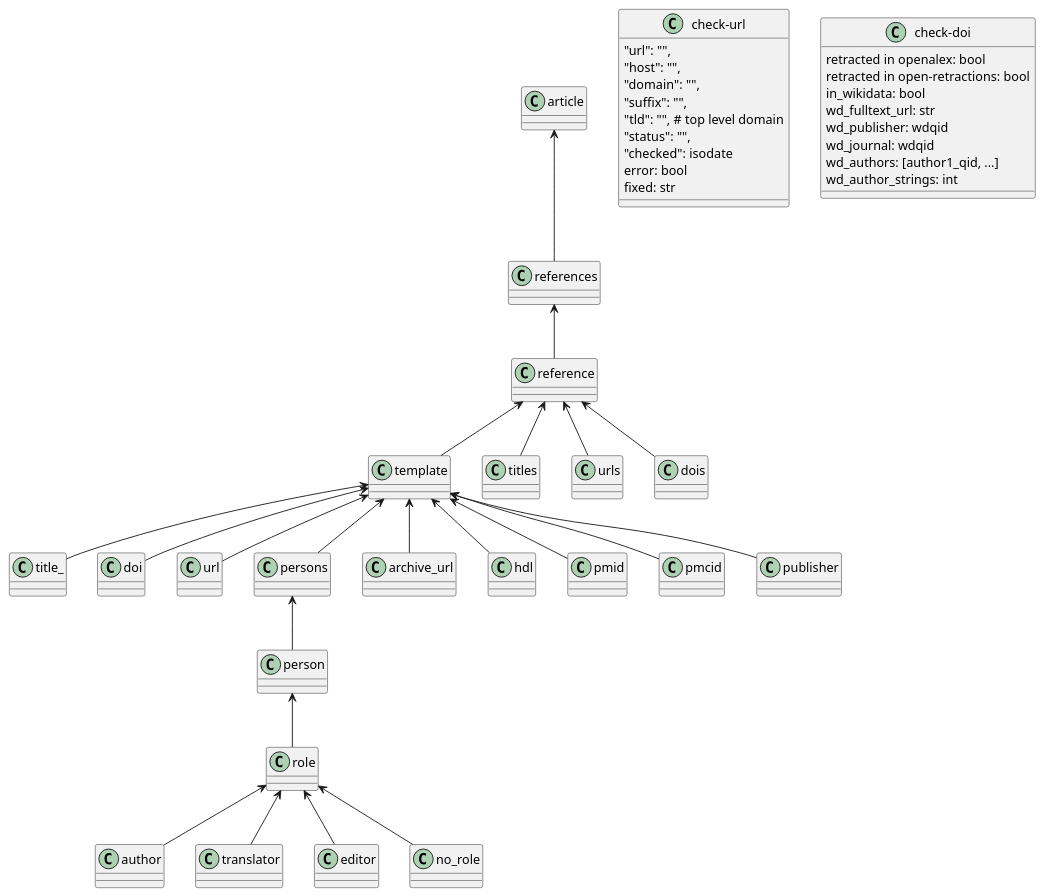
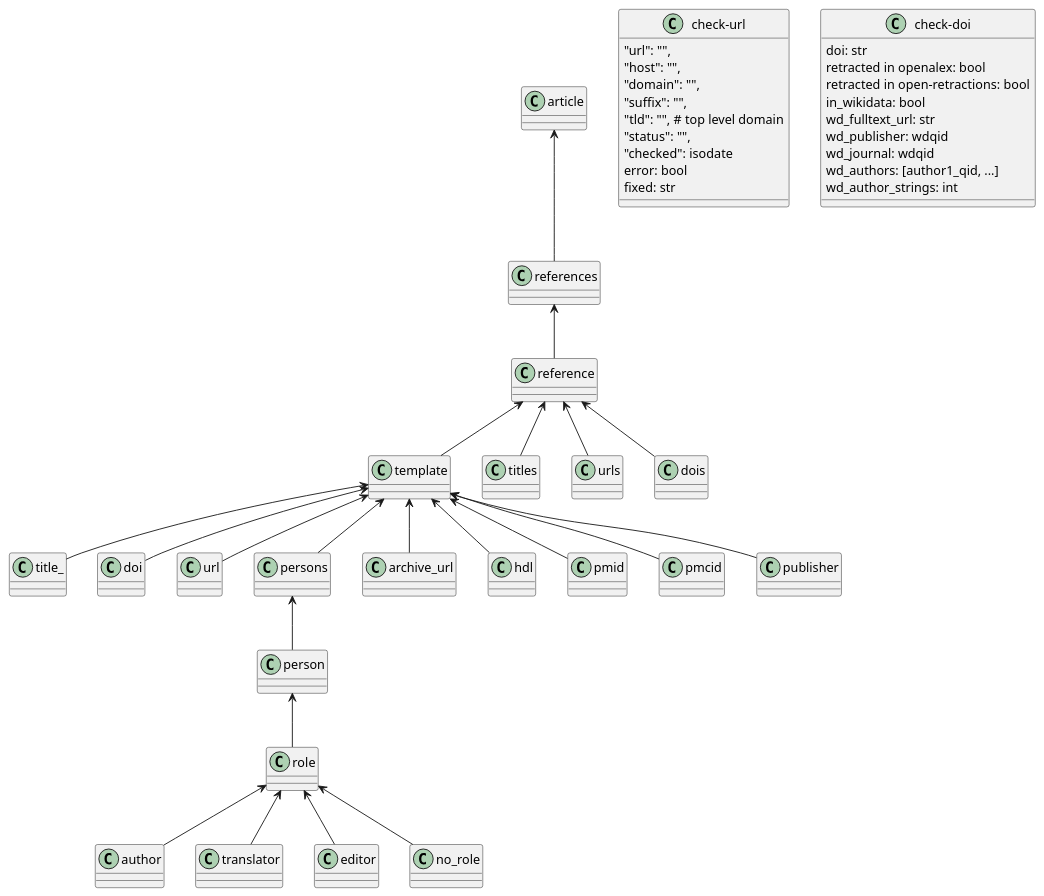
The diagram in diagrams/wari/classes.puml (internetarchive/iari), drawn with PlantUML before and after one commit.

Commit message:
chore: Improve the WARI classes.puml

```diff
--- a/diagrams/wari/classes.puml
+++ b/diagrams/wari/classes.puml
@@ -1,64 +1,65 @@
 @startuml
 'https://plantuml.com/class-diagram
 
 class article
 class references
 class reference
 class check-url{
 "url": "",
 "host": "",
 "domain": "",
 "suffix": "",
 "tld": "", # top level domain
 "status": "",
 "checked": isodate
 error: bool
 fixed: str
 }
 class check-doi{
+doi: str
 retracted in openalex: bool
 retracted in open-retractions: bool
 in_wikidata: bool
 wd_fulltext_url: str
 wd_publisher: wdqid
 wd_journal: wdqid
 wd_authors: [author1_qid, ...]
 wd_author_strings: int
 }
 class template
 class titles
 class title_
 class doi
 class url
 class urls
 class dois
 class persons
 class person
 class role
 class author
 class translator
 class editor
 class no_role
 article <-- references
 references <-- reference
 reference <-- titles
 reference <-- template
 reference <-- dois
 reference <-- urls
 template <-- title_
 template <-- doi
 template <-- url
 template <-- archive_url
 template <-- hdl
 template <-- pmid
 template <-- pmcid
 template <-- publisher
 template <-- persons
 persons <-- person
 person <-- role
 role <-- author
 role <-- translator
 role <-- editor
 role <-- no_role
 
 @enduml
```
